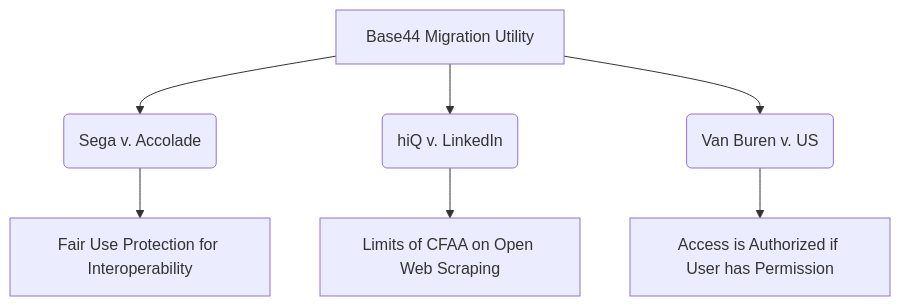
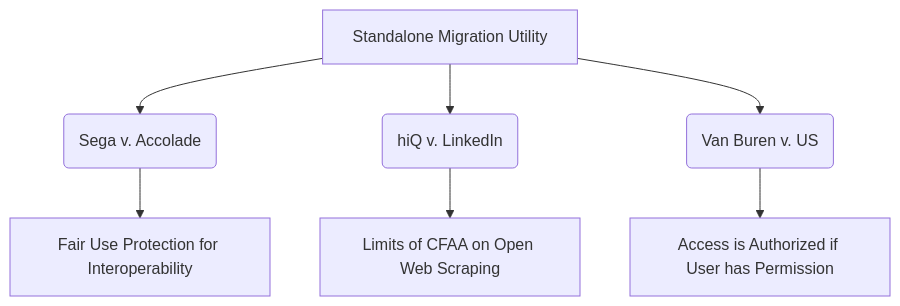
Before and after one commit to ForestCityCreatorsLLC/LiberateJS: the diagram in LEGAL_DISCLAIMER.md, drawn with Mermaid. The commit also changed other lines of this file and 19 other files, not shown here.

````diff
--- a/LEGAL_DISCLAIMER.md
+++ b/LEGAL_DISCLAIMER.md
@@ -55,10 +55,10 @@
 ```mermaid
 graph TD
-    A[Base44 Migration Utility] --> B(Sega v. Accolade)
+    A[Standalone Migration Utility] --> B(Sega v. Accolade)
     A --> C(hiQ v. LinkedIn)
     A --> D(Van Buren v. US)
     
     B --> B1["Fair Use Protection for Interoperability"]
     C --> C1["Limits of CFAA on Open Web Scraping"]
     D --> D1["Access is Authorized if User has Permission"]
 ```
````
